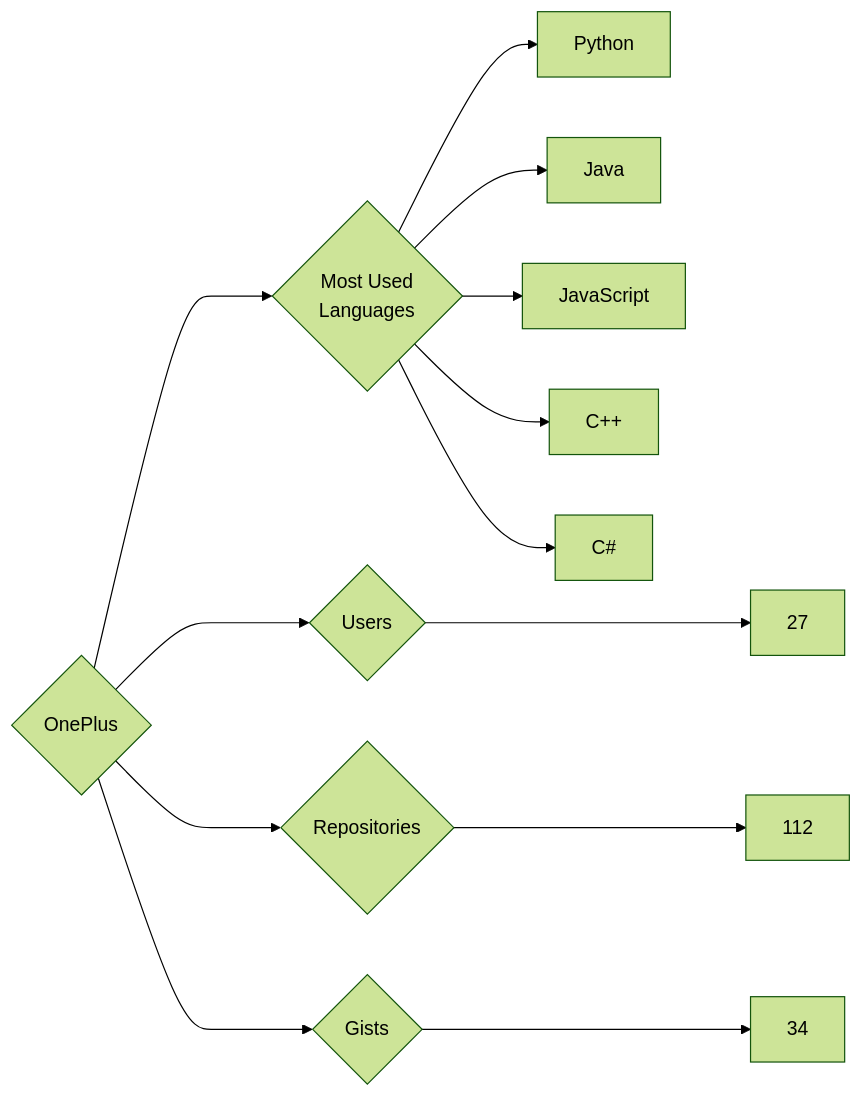
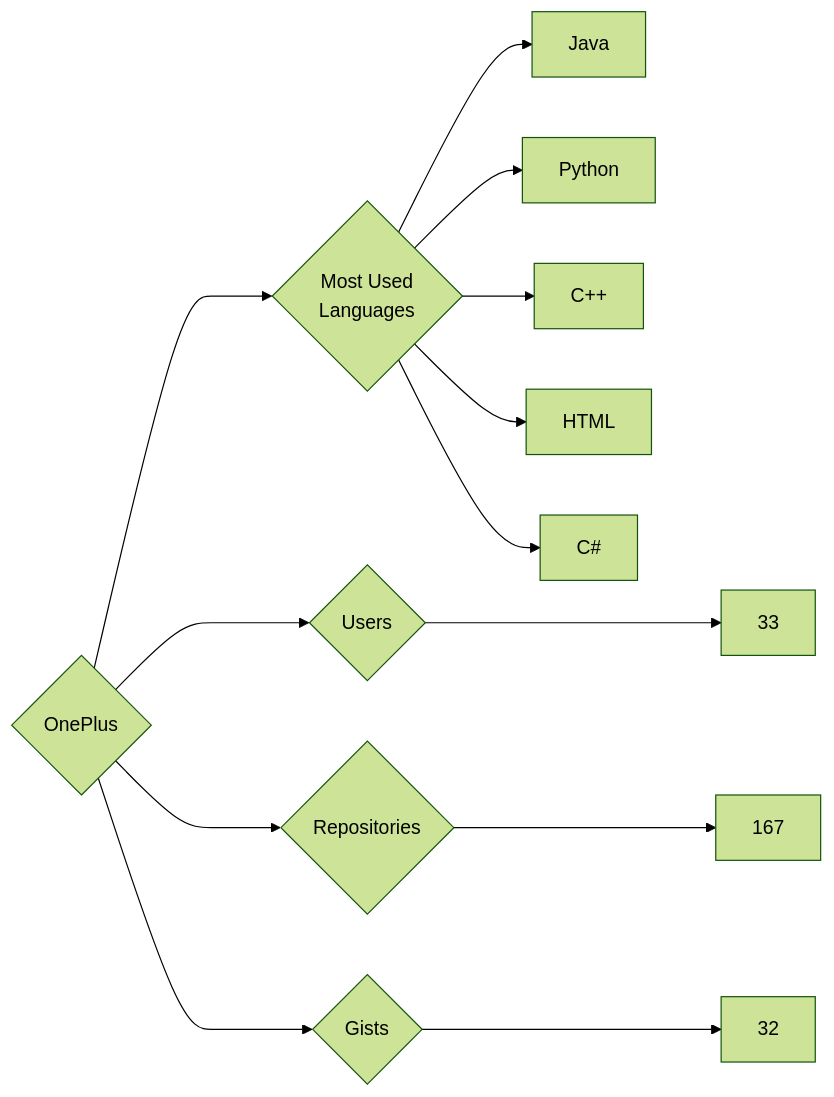
One commit to trickest/insiders changed the diagram in targets/OnePlus/README.md. Above: the diagram before and after it, drawn with Mermaid (forest theme). The commit also changed 839 other files, not shown here.

````diff
--- a/targets/OnePlus/README.md
+++ b/targets/OnePlus/README.md
@@ -3,13 +3,13 @@
 ```mermaid
 graph LR
 COMPANY_NAME{OnePlus}
-COMPANY_NAME ---> U{Users} ---> UN[27]
-COMPANY_NAME ---> R{Repositories} ---> RN[112]
-COMPANY_NAME ---> G{Gists} ---> GN[34]
+COMPANY_NAME ---> U{Users} ---> UN[33]
+COMPANY_NAME ---> R{Repositories} ---> RN[167]
+COMPANY_NAME ---> G{Gists} ---> GN[32]
 COMPANY_NAME ---> ML{Most Used<br>Languages}
+ML --> Java[Java]
 ML --> Python[Python]
-ML --> Java[Java]
-ML --> JavaScript[JavaScript]
 ML --> C++[C++]
+ML --> HTML[HTML]
 ML --> C#[C#]
 ```
````
